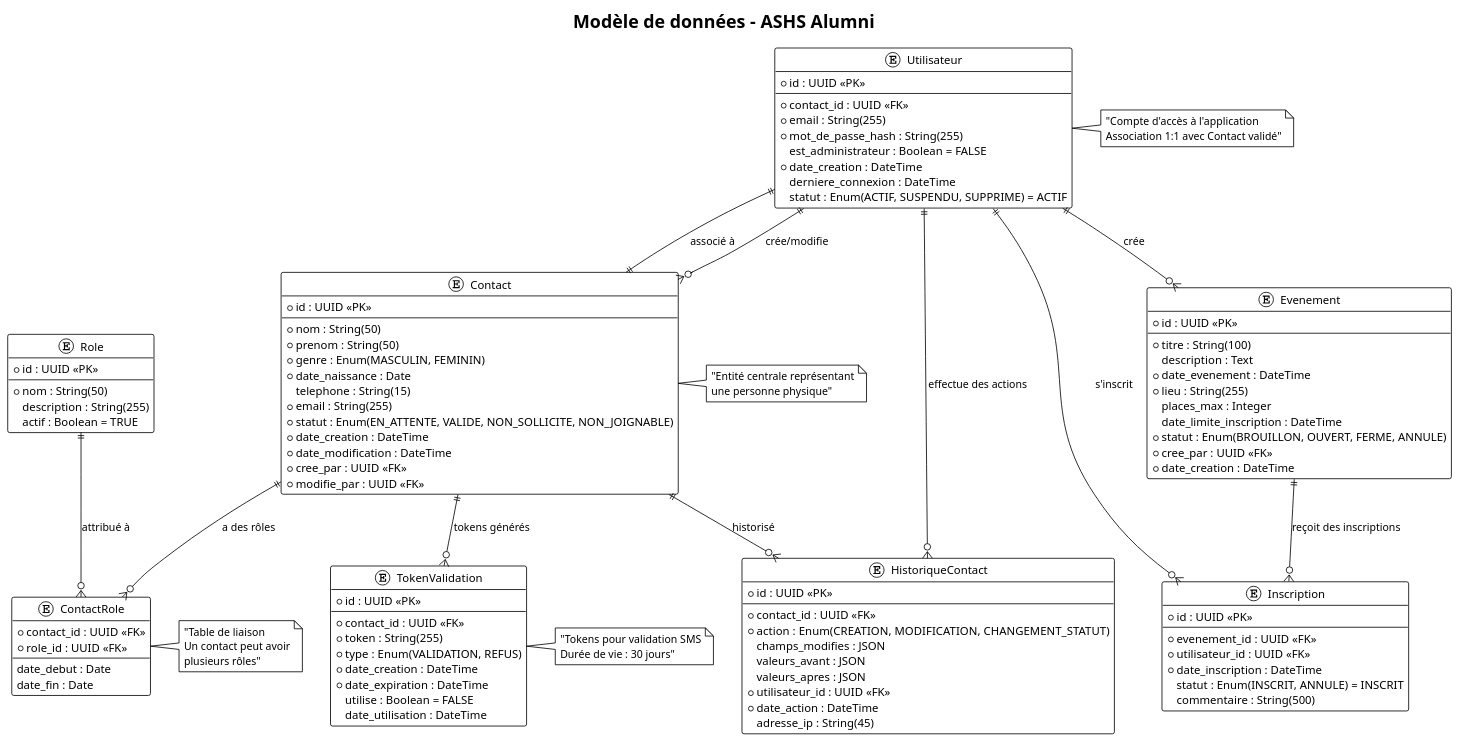
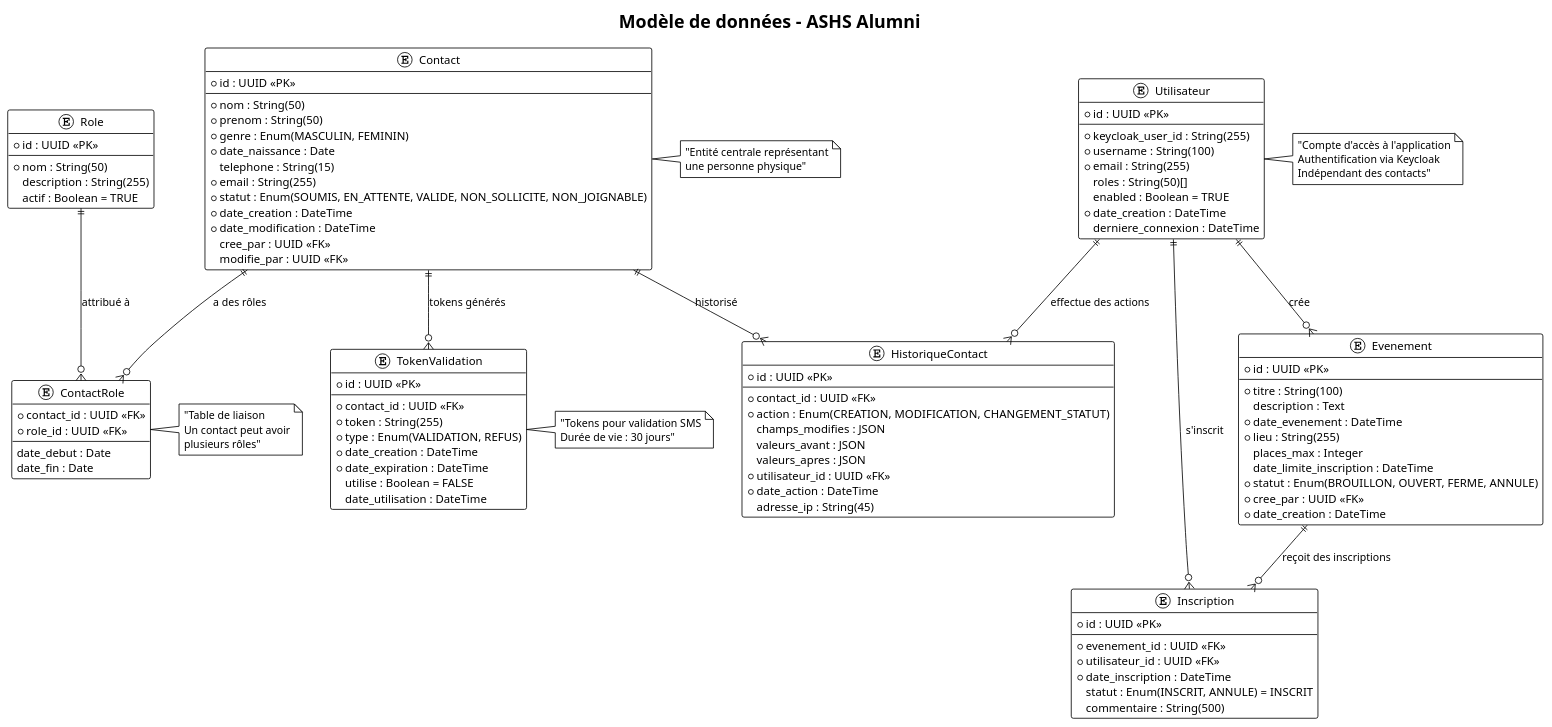
The diagram in docs/diagrams/data-model-erd.puml (bbsebb/ashs-alumni), drawn with PlantUML before and after one commit. The commit also changed 53 other files, not shown here.

```diff
--- a/docs/diagrams/data-model-erd.puml
+++ b/docs/diagrams/data-model-erd.puml
@@ -1,115 +1,113 @@
 @startuml data-model-erd
 !theme plain
 title Modèle de données - ASHS Alumni
 
 entity "Contact" as contact {
   * id : UUID <<PK>>
   --
   * nom : String(50)
   * prenom : String(50)
   * genre : Enum(MASCULIN, FEMININ)
   * date_naissance : Date
   telephone : String(15)
   * email : String(255)
-  * statut : Enum(EN_ATTENTE, VALIDE, NON_SOLLICITE, NON_JOIGNABLE)
+  * statut : Enum(SOUMIS, EN_ATTENTE, VALIDE, NON_SOLLICITE, NON_JOIGNABLE)
   * date_creation : DateTime
   * date_modification : DateTime
-  * cree_par : UUID <<FK>>
-  * modifie_par : UUID <<FK>>
+  cree_par : UUID <<FK>>
+  modifie_par : UUID <<FK>>
 }
 
 entity "Utilisateur" as utilisateur {
   * id : UUID <<PK>>
   --
-  * contact_id : UUID <<FK>>
+  * keycloak_user_id : String(255)
+  * username : String(100)
   * email : String(255)
-  * mot_de_passe_hash : String(255)
-  est_administrateur : Boolean = FALSE
+  roles : String(50)[]
+  enabled : Boolean = TRUE
   * date_creation : DateTime
   derniere_connexion : DateTime
-  statut : Enum(ACTIF, SUSPENDU, SUPPRIME) = ACTIF
 }
 
 entity "Role" as role {
   * id : UUID <<PK>>
   --
   * nom : String(50)
   description : String(255)
   actif : Boolean = TRUE
 }
 
 entity "ContactRole" as contact_role {
   * contact_id : UUID <<FK>>
   * role_id : UUID <<FK>>
   --
   date_debut : Date
   date_fin : Date
 }
 
 entity "Evenement" as evenement {
   * id : UUID <<PK>>
   --
   * titre : String(100)
   description : Text
   * date_evenement : DateTime
   * lieu : String(255)
   places_max : Integer
   date_limite_inscription : DateTime
   * statut : Enum(BROUILLON, OUVERT, FERME, ANNULE)
   * cree_par : UUID <<FK>>
   * date_creation : DateTime
 }
 
 entity "Inscription" as inscription {
   * id : UUID <<PK>>
   --
   * evenement_id : UUID <<FK>>
   * utilisateur_id : UUID <<FK>>
   * date_inscription : DateTime
   statut : Enum(INSCRIT, ANNULE) = INSCRIT
   commentaire : String(500)
 }
 
 entity "HistoriqueContact" as historique {
   * id : UUID <<PK>>
   --
   * contact_id : UUID <<FK>>
   * action : Enum(CREATION, MODIFICATION, CHANGEMENT_STATUT)
   champs_modifies : JSON
   valeurs_avant : JSON
   valeurs_apres : JSON
   * utilisateur_id : UUID <<FK>>
   * date_action : DateTime
   adresse_ip : String(45)
 }
 
 entity "TokenValidation" as token {
   * id : UUID <<PK>>
   --
   * contact_id : UUID <<FK>>
   * token : String(255)
   * type : Enum(VALIDATION, REFUS)
   * date_creation : DateTime
   * date_expiration : DateTime
   utilise : Boolean = FALSE
   date_utilisation : DateTime
 }
 
 ' Relations
-utilisateur ||--|| contact : "associé à"
 contact ||--o{ contact_role : "a des rôles"
 role ||--o{ contact_role : "attribué à"
 contact ||--o{ historique : "historisé"
 contact ||--o{ token : "tokens générés"
 utilisateur ||--o{ evenement : "crée"
 utilisateur ||--o{ inscription : "s'inscrit"
 evenement ||--o{ inscription : "reçoit des inscriptions"
 utilisateur ||--o{ historique : "effectue des actions"
-utilisateur ||--o{ contact : "crée/modifie"
 
 note right of contact : "Entité centrale représentant\nune personne physique"
-note right of utilisateur : "Compte d'accès à l'application\nAssociation 1:1 avec Contact validé"
+note right of utilisateur : "Compte d'accès à l'application\nAuthentification via Keycloak\nIndépendant des contacts"
 note right of contact_role : "Table de liaison\nUn contact peut avoir\nplusieurs rôles"
 note right of token : "Tokens pour validation SMS\nDurée de vie : 30 jours"
 
 @enduml
```
